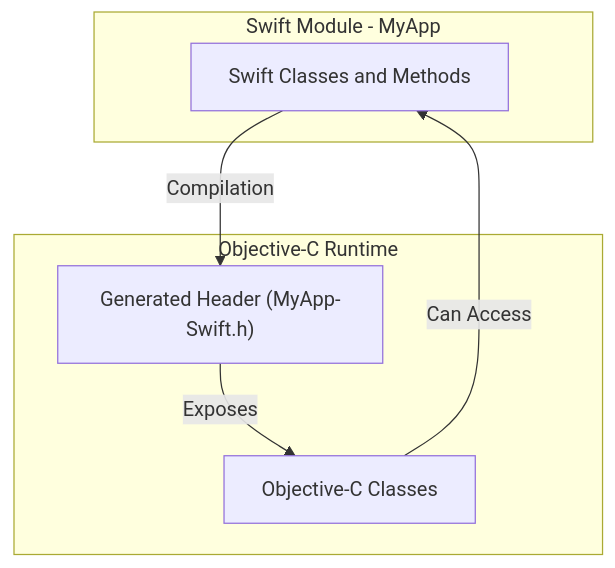
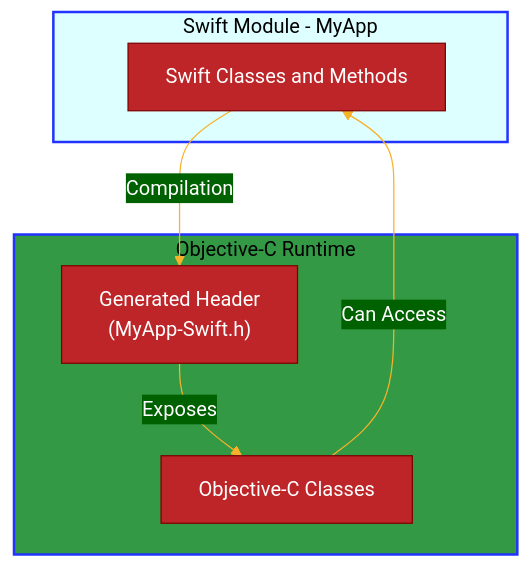
Before and after one commit to CongLeSolutionX/iOS-development-vault: the eighth of 10 diagrams in Reversing_Engineer_through_Interfaces/Swift-generated_header_file_in_depth_in_Mermaid.md, drawn with Mermaid.

Commit message:
update note with color code

````diff
--- a/Reversing_Engineer_through_Interfaces/Swift-generated_header_file_in_depth_in_Mermaid.md
+++ b/Reversing_Engineer_through_Interfaces/Swift-generated_header_file_in_depth_in_Mermaid.md
@@ -413,19 +413,39 @@
 ```mermaid
+%%{
+  init: {
+    'theme': 'base',
+    'themeVariables': {
+      'primaryColor': '#BE2528',
+      'primaryTextColor': '#fff',
+      'primaryBorderColor': '#7C0000',
+      'lineColor': '#F8B229',
+      'secondaryColor': '#006100',
+      'tertiaryColor': '#fff'
+    }
+  }
+}%%
+
 flowchart TD
-    subgraph Swift Module [Swift Module - MyApp]
+    subgraph Swift_Module [Swift Module - MyApp]
+        %% Background style for subgraph Swift_Module
+        style Swift_Module fill:#5FF3,stroke:#23F,stroke-width:2px
         S1[Swift Classes and Methods]
     end
 
-    subgraph ObjC Runtime [Objective-C Runtime]
-        O1["Generated Header (MyApp-Swift.h)"]
+    subgraph ObjC_Runtime [Objective-C Runtime]
+        %% Background style for subgraph ObjC_Runtime
+        style ObjC_Runtime fill:#394,stroke:#23F,stroke-width:2px
+        O1["Generated Header <br> (MyApp-Swift.h)"]
         O2[Objective-C Classes]
     end
+    
 
     S1 -->|Compilation| O1
+    %% Note over O1: Swift compiler generates header
     O1 -->|Exposes| O2
     O2 -->|Can Access| S1
 
-    %%Note over S1,O1: Swift compiler generates header
+    %%Note over O1: Swift compiler generates header
     %%Note over O1,O2: Objective-C code includes header
-    
+     
 ```
````
